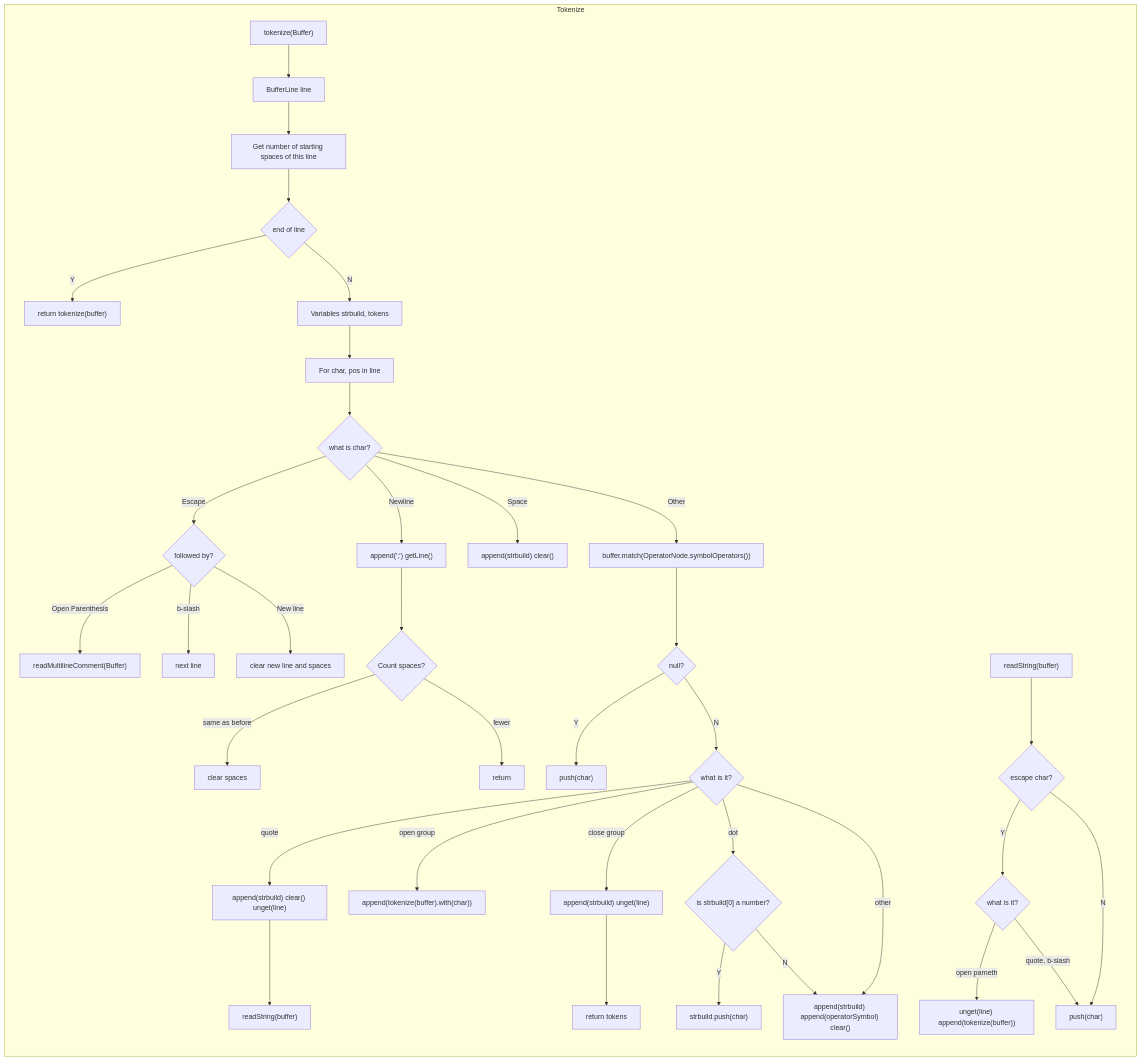
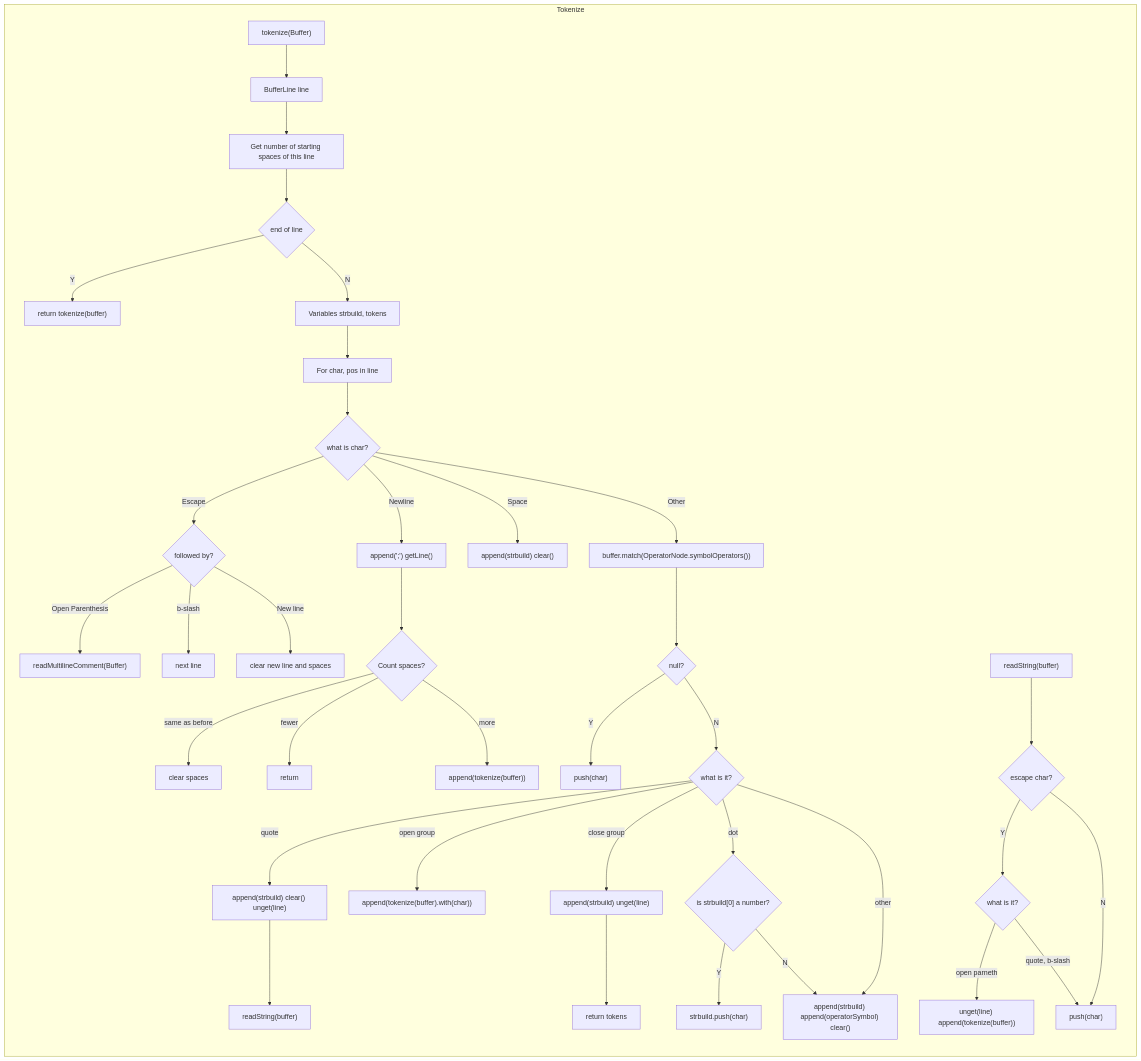
Before and after one commit to Jzhyang1/Monomer: the eighth of 8 diagrams in Implementation.md, drawn with Mermaid. The commit also changed other lines of this file, not shown here.

Commit message:
Implementation.md updated from https://stackedit.io/

````diff
--- a/Implementation.md
+++ b/Implementation.md
@@ -259,40 +259,41 @@
 ```mermaid
 graph LR
 subgraph sg1["Tokenize"]
 	A["tokenize(Buffer)"] --> A1["BufferLine line"] --> B[Get number of starting spaces of this line]
 	--> C1{end of line}
 	C1 -- Y --> C2["return tokenize(buffer)"]
 	C1 -- N --> C[Variables strbuild, tokens]
 	 --> D[For char, pos in line] 
 	 --> E{what is char?}
 	E -- Escape --> E1{followed by?}
 	E1 --"Open Parenthesis"--> E11["readMultilineComment(Buffer)"]
 	E1 --"b-slash"--> E12[next line]
 	E1 --"New line"--> E13[clear new line and spaces]
 	E -- Newline --> E2["append(';') getLine()"]
 	--> EA{Count spaces?}
 	EA -- "same as before" --> EA1[clear spaces]
-	EA -- "fewer" --> return
+	EA -- "fewer" --> EA2[return]
+	EA -- "more" --> EA3["append(tokenize(buffer))"]
 	E -- Space --> E3["append(strbuild) clear()"]
 	E -- Other --> F["buffer.match(OperatorNode.symbolOperators())"]
 	F --> G{null?}
 	G -- Y --> H["push(char)"]
 	G -- N --> Z{what is it?}
 	Z -- quote --> J["append(strbuild) clear() unget(line)"]
 	J --> P["readString(buffer)"] 
 	Z -- "open group"
 	 --> AC["append(tokenize(buffer).with(char))"]
 	Z -- "close group" --> BA["append(strbuild) unget(line)"]
 	--> BB[return tokens]
 	Z -- dot --> K{"is strbuild[0] a number?"}
 	K -- Y --> L["strbuild.push(char)"]
 	K -- N --> I
 	Z -- other --> I["append(strbuild) append(operatorSymbol) clear()"]
 
 AP["readString(buffer)"] --> Q{escape char?}
 	Q -- Y --> R{what is it?}
 	R -- "open parneth" --> T["unget(line) append(tokenize(buffer))"]
 	R -- "quote, b-slash" --> S
 	Q -- N --> S["push(char)"]
 end
 ```
````
